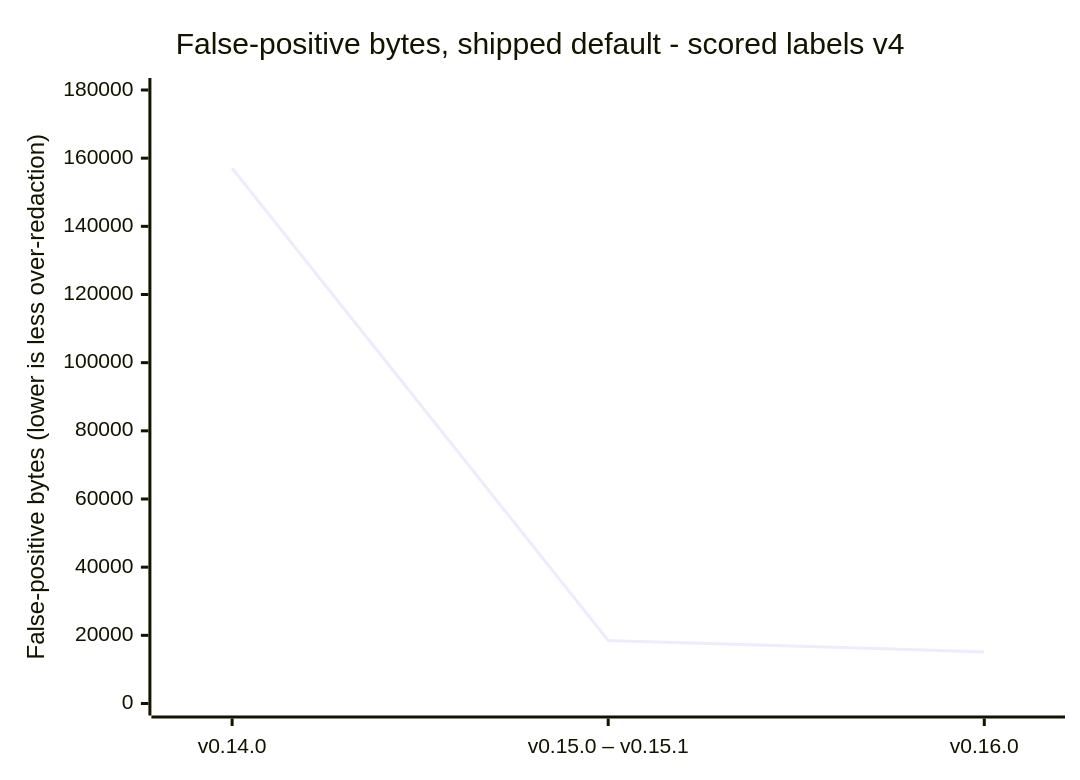
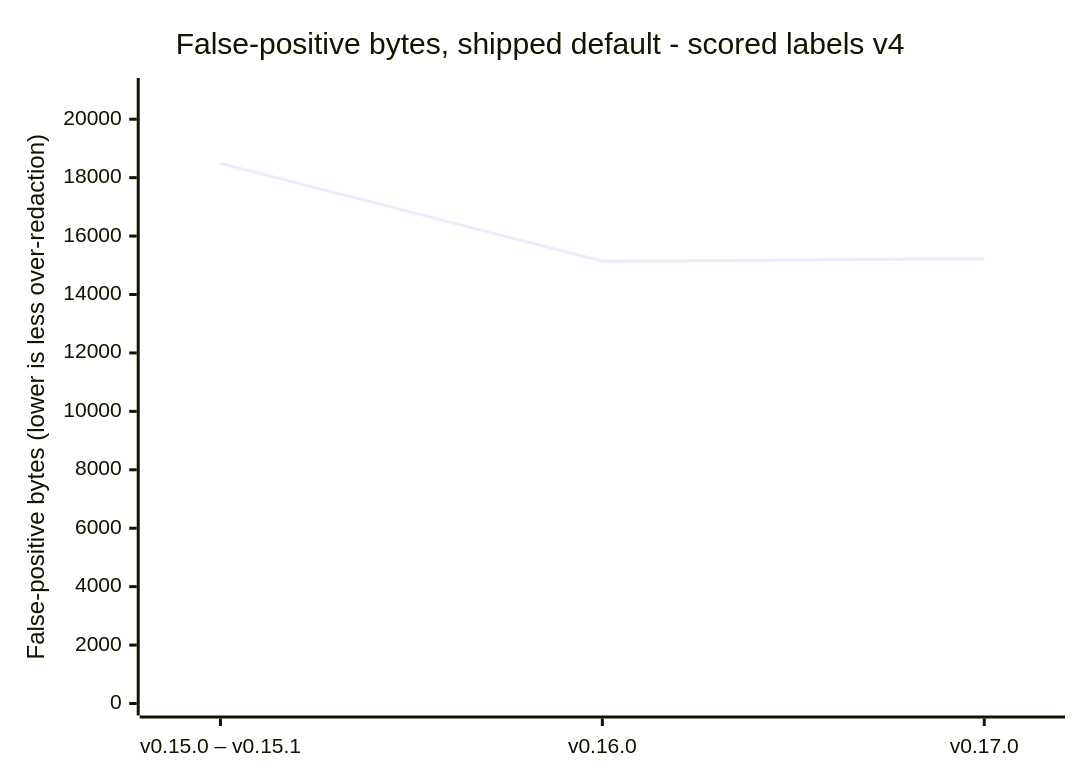
One commit to CertaMesh/gaze changed the third of 12 diagrams in docs/reference/benchmarks/README.md. Above: the diagram before and after it, drawn with Mermaid. The commit also changed other lines of this file and 26 other files, not shown here.

````diff
--- a/docs/reference/benchmarks/README.md
+++ b/docs/reference/benchmarks/README.md
@@ -515,7 +602,7 @@
 ```mermaid
 xychart-beta
     title "False-positive bytes, shipped default - scored labels v4"
-    x-axis ["v0.14.0", "v0.15.0 – v0.15.1", "v0.16.0"]
-    y-axis "False-positive bytes (lower is less over-redaction)" 0 --> 180000
-    line [157048, 18488, 15141]
+    x-axis ["v0.15.0 – v0.15.1", "v0.16.0", "v0.17.0"]
+    y-axis "False-positive bytes (lower is less over-redaction)" 0 --> 21000
+    line [18488, 15141, 15224]
 ```
````
